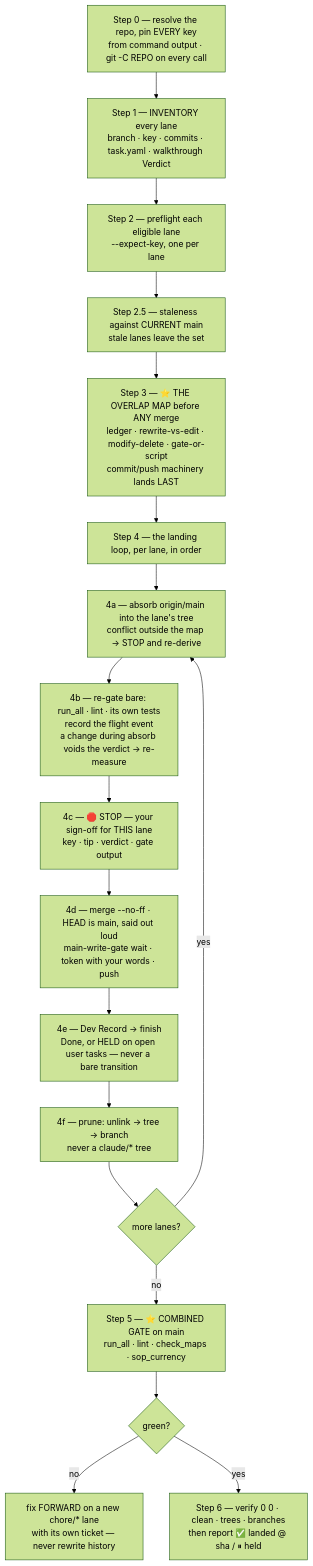
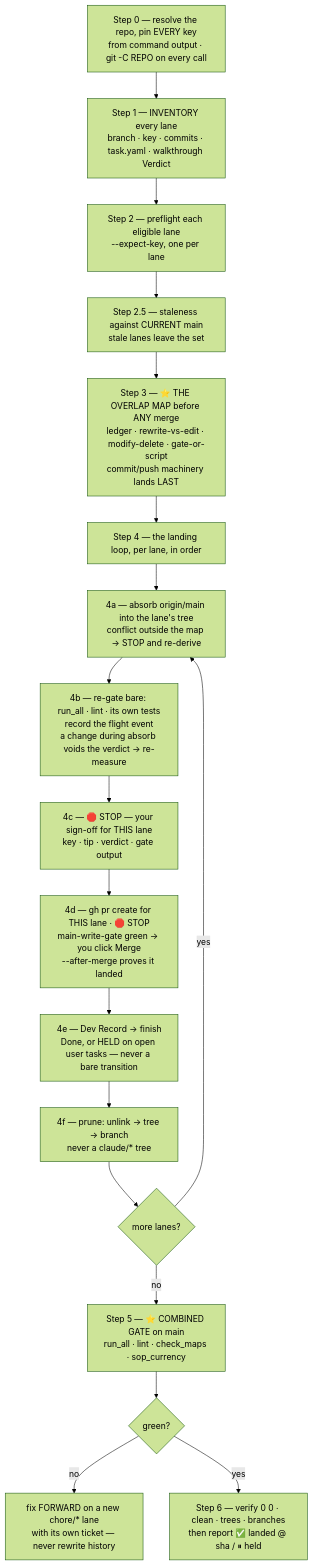
Before and after one commit to sudomadhatter/Sudo_Hatter_Command: diagram 37 of 45 in docs/_scc_sops_prds/workflows_testing_SOP.md, drawn with Mermaid (forest theme). The commit also changed other lines of this file and 14 other files, not shown here.

First line of the commit message:
SCC-356 build: /cicd-push-e2e becomes a PR door - gate, push the tip, open the PR, STOP; --after-merge finishes

````diff
--- a/docs/_scc_sops_prds/workflows_testing_SOP.md
+++ b/docs/_scc_sops_prds/workflows_testing_SOP.md
@@ -3885,20 +3905,20 @@
 ```mermaid
 flowchart TD
     S0["Step 0 — resolve the repo, pin EVERY key\nfrom command output · git -C REPO on every call"] --> S1["Step 1 — INVENTORY every lane\nbranch · key · commits · task.yaml · walkthrough Verdict"]
     S1 --> S2["Step 2 — preflight each eligible lane\n--expect-key, one per lane"]
     S2 --> S25["Step 2.5 — staleness against CURRENT main\nstale lanes leave the set"]
     S25 --> S3["Step 3 — ⭐ THE OVERLAP MAP before ANY merge\nledger · rewrite-vs-edit · modify-delete · gate-or-script\ncommit/push machinery lands LAST"]
     S3 --> L["Step 4 — the landing loop, per lane, in order"]
     L --> A["4a — absorb origin/main into the lane's tree\nconflict outside the map → STOP and re-derive"]
     A --> B["4b — re-gate bare: run_all · lint · its own tests\nrecord the flight event\na change during absorb voids the verdict → re-measure"]
     B --> C["4c — 🛑 STOP — your sign-off for THIS lane\nkey · tip · verdict · gate output"]
-    C --> D["4d — merge --no-ff · HEAD is main, said out loud\nmain-write-gate wait · token with your words · push"]
+    C --> D["4d — gh pr create for THIS lane · 🛑 STOP\nmain-write-gate green → you click Merge\n--after-merge proves it landed"]
     D --> E["4e — Dev Record → finish\nDone, or HELD on open user tasks — never a bare transition"]
     E --> F["4f — prune: unlink → tree → branch\nnever a claude/* tree"]
     F --> MORE{"more lanes?"}
     MORE -- "yes" --> A
     MORE -- "no" --> S5["Step 5 — ⭐ COMBINED GATE on main\nrun_all · lint · check_maps · sop_currency"]
     S5 --> R{"green?"}
     R -- "no" --> FWD["fix FORWARD on a new chore/* lane\nwith its own ticket — never rewrite history"]
     R -- "yes" --> S6["Step 6 — verify 0 0 · clean · trees · branches\nthen report ✅ landed @ sha / ⏸ held"]
 ```
````
